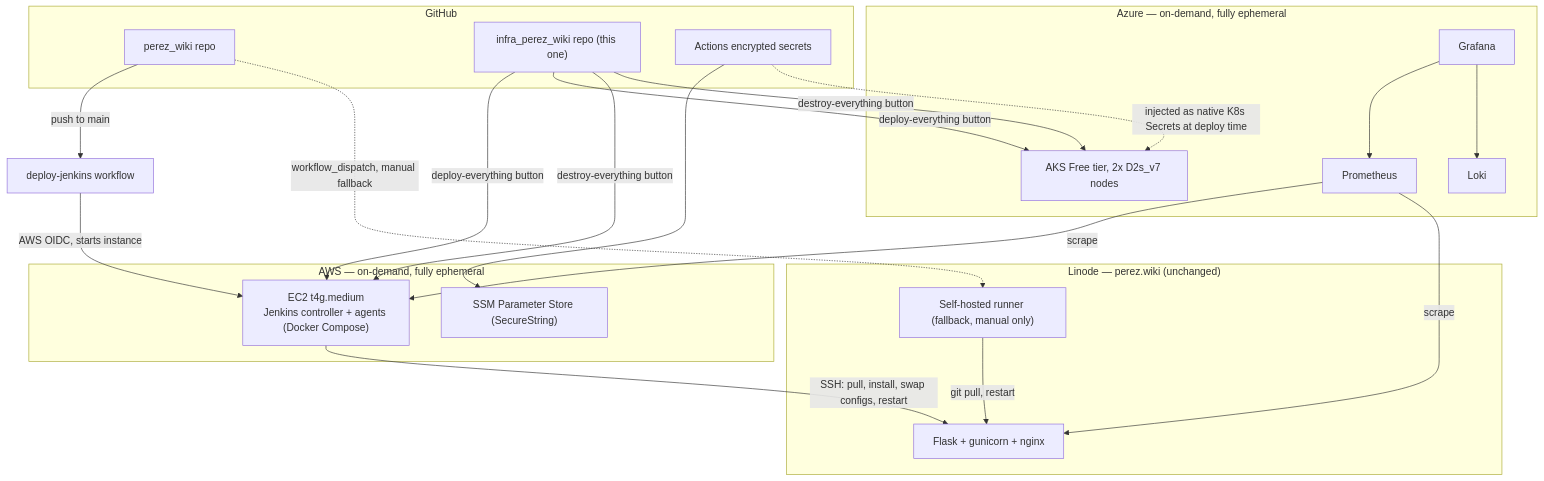
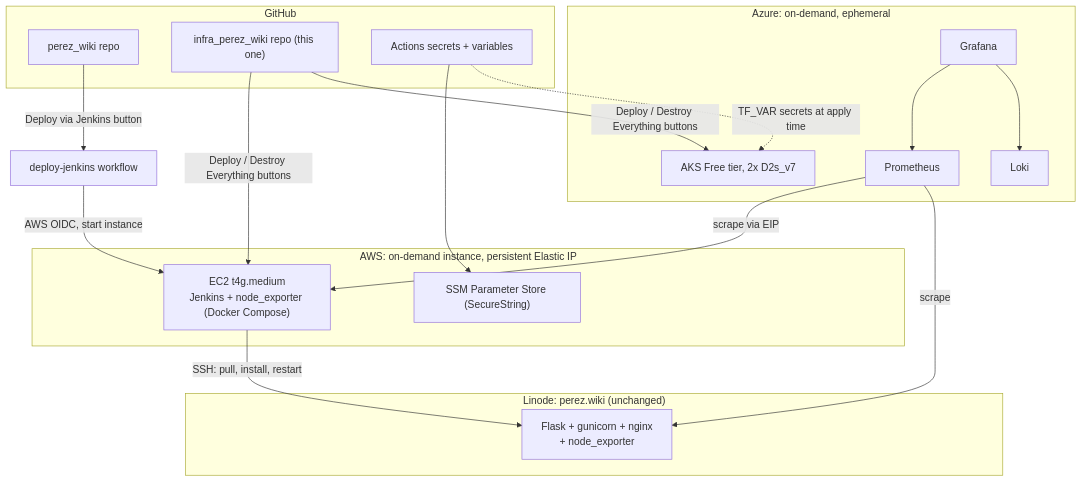
One commit to evolvingsewage/infra_perez_wiki changed the diagram in README.md. Above: the diagram before and after it, drawn with Mermaid. The commit also changed other lines of this file, not shown here.

````diff
--- a/README.md
+++ b/README.md
@@ -17,44 +8,39 @@
 ```mermaid
 flowchart TB
     subgraph GH["GitHub"]
         PW["perez_wiki repo"]
         IPW["infra_perez_wiki repo (this one)"]
-        SEC["Actions encrypted secrets"]
+        SEC["Actions secrets + variables"]
     end
 
-    subgraph Linode["Linode — perez.wiki (unchanged)"]
-        WEB["Flask + gunicorn + nginx"]
-        RUNNER["Self-hosted runner (fallback, manual only)"]
+    subgraph Linode["Linode: perez.wiki (unchanged)"]
+        WEB["Flask + gunicorn + nginx<br/>+ node_exporter"]
     end
 
-    subgraph AWS["AWS — on-demand, fully ephemeral"]
-        EC2["EC2 t4g.medium\nJenkins controller + agents (Docker Compose)"]
+    subgraph AWS["AWS: on-demand instance, persistent Elastic IP"]
+        EC2["EC2 t4g.medium<br/>Jenkins + node_exporter (Docker Compose)"]
         SSM["SSM Parameter Store (SecureString)"]
     end
 
-    subgraph Azure["Azure — on-demand, fully ephemeral"]
-        AKS["AKS Free tier, 2x D2s_v7 nodes"]
+    subgraph Azure["Azure: on-demand, ephemeral"]
+        AKS["AKS Free tier, 2x D2s_v7"]
         GRAF["Grafana"]
         PROM["Prometheus"]
         LOKI["Loki"]
     end
 
-    PW -- "push to main" --> DJ["deploy-jenkins workflow"]
-    DJ -- "AWS OIDC, starts instance" --> EC2
-    EC2 -- "SSH: pull, install, swap configs, restart" --> WEB
-    PW -. "workflow_dispatch, manual fallback" .-> RUNNER
-    RUNNER -- "git pull, restart" --> WEB
+    PW -- "Deploy via Jenkins button" --> DJ["deploy-jenkins workflow"]
+    DJ -- "AWS OIDC, start instance" --> EC2
+    EC2 -- "SSH: pull, install, restart" --> WEB
 
-    IPW -- "deploy-everything button" --> EC2
-    IPW -- "deploy-everything button" --> AKS
-    IPW -- "destroy-everything button" --> EC2
-    IPW -- "destroy-everything button" --> AKS
+    IPW -- "Deploy / Destroy Everything buttons" --> EC2
+    IPW -- "Deploy / Destroy Everything buttons" --> AKS
 
     SEC --> SSM
-    SEC -. "injected as native K8s Secrets at deploy time" .-> AKS
+    SEC -. "TF_VAR secrets at apply time" .-> AKS
 
-    PROM -- "scrape" --> EC2
+    PROM -- "scrape via EIP" --> EC2
     PROM -- "scrape" --> WEB
     GRAF --> PROM
     GRAF --> LOKI
 ```
````
